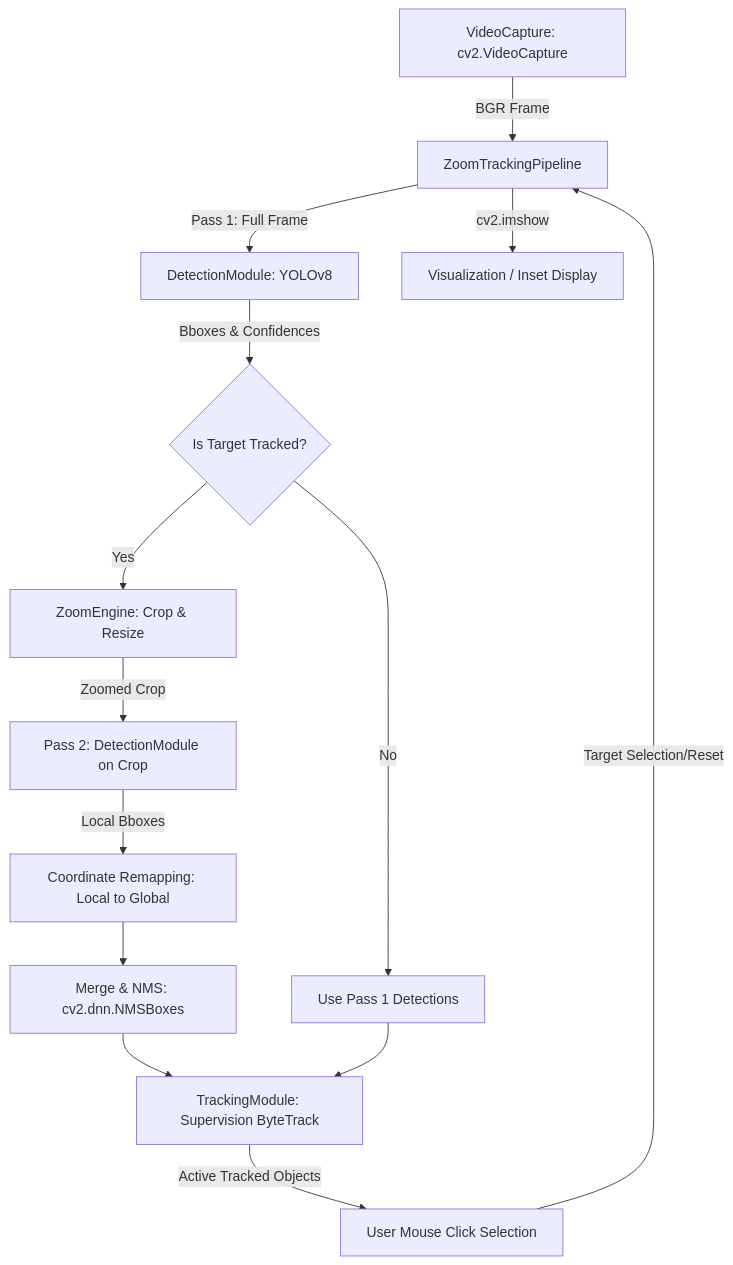
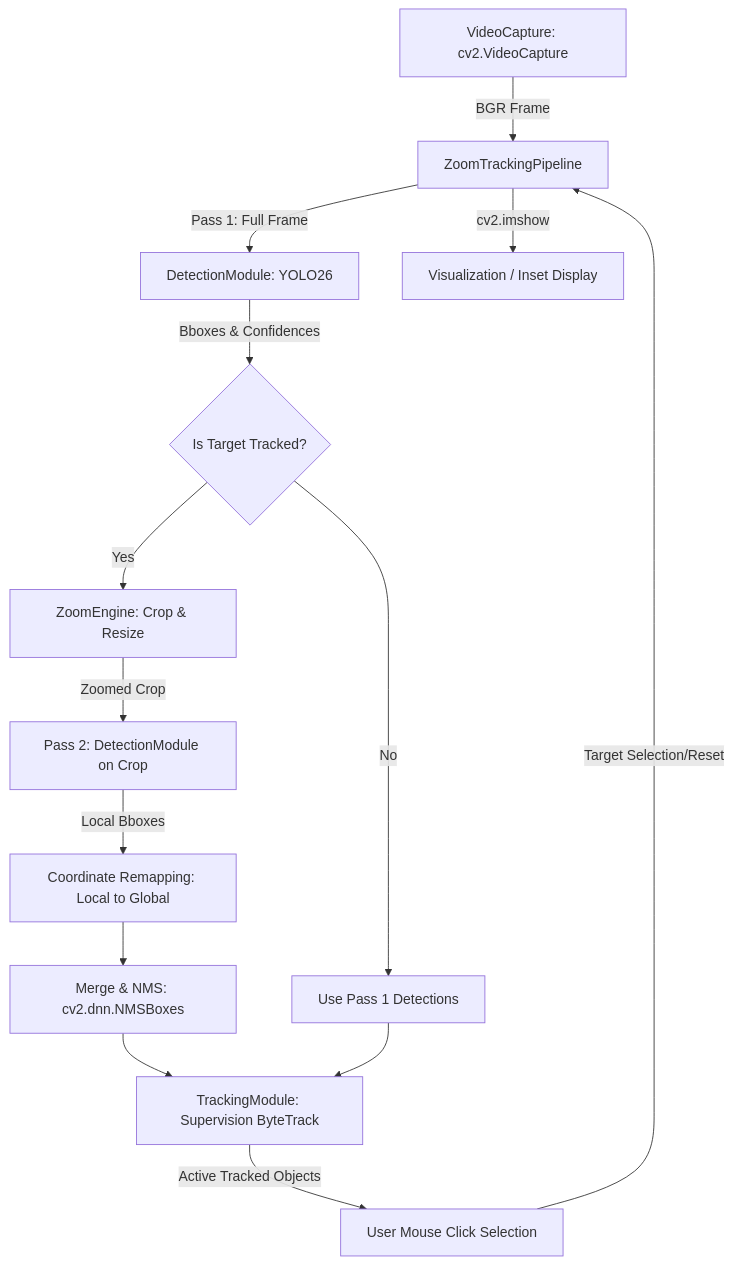
Before and after one commit to AdithyaK3106/Zoom-Tracking: the diagram in README.md, drawn with Mermaid. The commit also changed other lines of this file and 2 other files, not shown here.

Commit message:
Hardcode and configure YOLO26 model defaults and update documentation

````diff
--- a/README.md
+++ b/README.md
@@ -11,18 +11,18 @@
 ```mermaid
 graph TD
     A[VideoCapture: cv2.VideoCapture] -->|BGR Frame| B[ZoomTrackingPipeline]
-    B -->|Pass 1: Full Frame| C[DetectionModule: YOLOv8]
+    B -->|Pass 1: Full Frame| C[DetectionModule: YOLO26]
     C -->|Bboxes & Confidences| D{Is Target Tracked?}
     
     D -->|Yes| E[ZoomEngine: Crop & Resize]
     E -->|Zoomed Crop| F[Pass 2: DetectionModule on Crop]
     F -->|Local Bboxes| G[Coordinate Remapping: Local to Global]
     G --> H[Merge & NMS: cv2.dnn.NMSBoxes]
     D -->|No| I[Use Pass 1 Detections]
     
     H --> J[TrackingModule: Supervision ByteTrack]
     I --> J
     J -->|Active Tracked Objects| K[User Mouse Click Selection]
     K -->|Target Selection/Reset| B
     B -->|cv2.imshow| L[Visualization / Inset Display]
 ```
````
